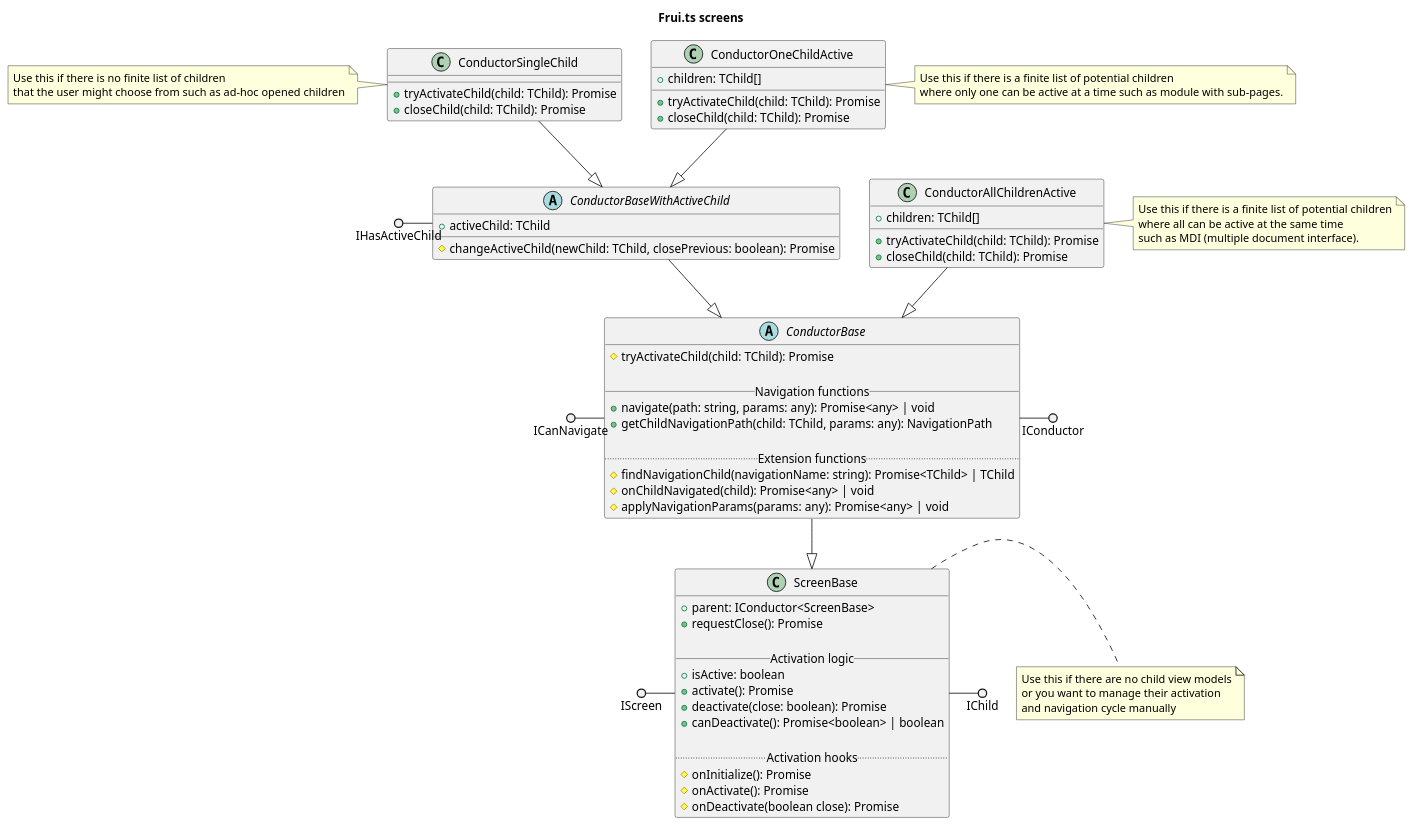
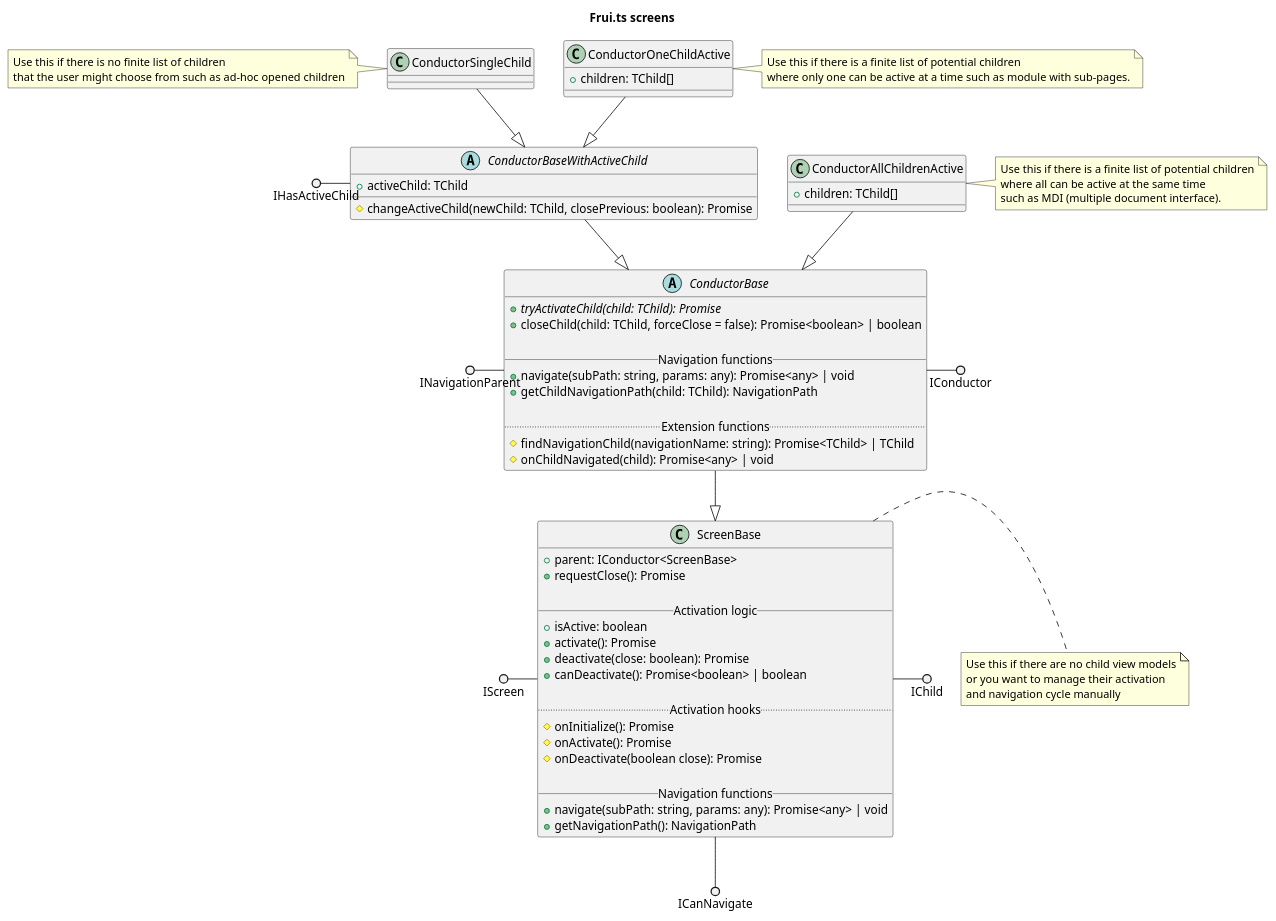
One commit to eManPrague/frui.ts changed the diagram in packages/screens/classes.puml. Above: the diagram before and after it, drawn with PlantUML. The commit also changed 29 other files, not shown here.

```diff
--- a/packages/screens/classes.puml
+++ b/packages/screens/classes.puml
@@ -1,93 +1,90 @@
 @startuml
 
 title Frui.ts screens
 
 class ScreenBase {
   +parent: IConductor<ScreenBase>
   +requestClose(): Promise
 
   __ Activation logic __
   +isActive: boolean
   +activate(): Promise
   +deactivate(close: boolean): Promise
   +canDeactivate(): Promise<boolean> | boolean
 
   .. Activation hooks ..
   #onInitialize(): Promise
   #onActivate(): Promise
   #onDeactivate(boolean close): Promise
+
+  __ Navigation functions __
+  +navigate(subPath: string, params: any): Promise<any> | void
+  +getNavigationPath(): NavigationPath
 }
 note right
   Use this if there are no child view models
   or you want to manage their activation
   and navigation cycle manually
 end note
 
 IScreen ()- ScreenBase
 ScreenBase -() IChild
+ScreenBase -() ICanNavigate
 
 abstract class ConductorBase {
-  #tryActivateChild(child: TChild): Promise
+  {abstract} +tryActivateChild(child: TChild): Promise
+  +closeChild(child: TChild, forceClose = false): Promise<boolean> | boolean
 
   __ Navigation functions __
-  +navigate(path: string, params: any): Promise<any> | void
-  +getChildNavigationPath(child: TChild, params: any): NavigationPath
+  +navigate(subPath: string, params: any): Promise<any> | void
+  +getChildNavigationPath(child: TChild): NavigationPath
 
   .. Extension functions ..
   #findNavigationChild(navigationName: string): Promise<TChild> | TChild
   #onChildNavigated(child): Promise<any> | void
-  #applyNavigationParams(params: any): Promise<any> | void
 }
 
 ConductorBase --|> ScreenBase
 ConductorBase -() IConductor
-ICanNavigate ()- ConductorBase
+INavigationParent ()- ConductorBase
 
 abstract class ConductorBaseWithActiveChild {
   +activeChild: TChild
 
   #changeActiveChild(newChild: TChild, closePrevious: boolean): Promise
 }
 
 ConductorBaseWithActiveChild --|> ConductorBase
 IHasActiveChild ()- ConductorBaseWithActiveChild
 
 class ConductorSingleChild {
-  +tryActivateChild(child: TChild): Promise
-  +closeChild(child: TChild): Promise
 }
 note left
   Use this if there is no finite list of children
   that the user might choose from such as ad-hoc opened children
 end note
 
 ConductorSingleChild --|> ConductorBaseWithActiveChild
 
 class ConductorOneChildActive {
   +children: TChild[]
-
-  +tryActivateChild(child: TChild): Promise
-  +closeChild(child: TChild): Promise
 }
 note right
   Use this if there is a finite list of potential children
   where only one can be active at a time such as module with sub-pages.
 end note
 
 ConductorOneChildActive --|> ConductorBaseWithActiveChild
 
 class ConductorAllChildrenActive {
   +children: TChild[]
-
-  +tryActivateChild(child: TChild): Promise
-  +closeChild(child: TChild): Promise
 }
 note right
   Use this if there is a finite list of potential children
   where all can be active at the same time
   such as MDI (multiple document interface).
 end note
 
 ConductorAllChildrenActive --|> ConductorBase
 
 @enduml
```
